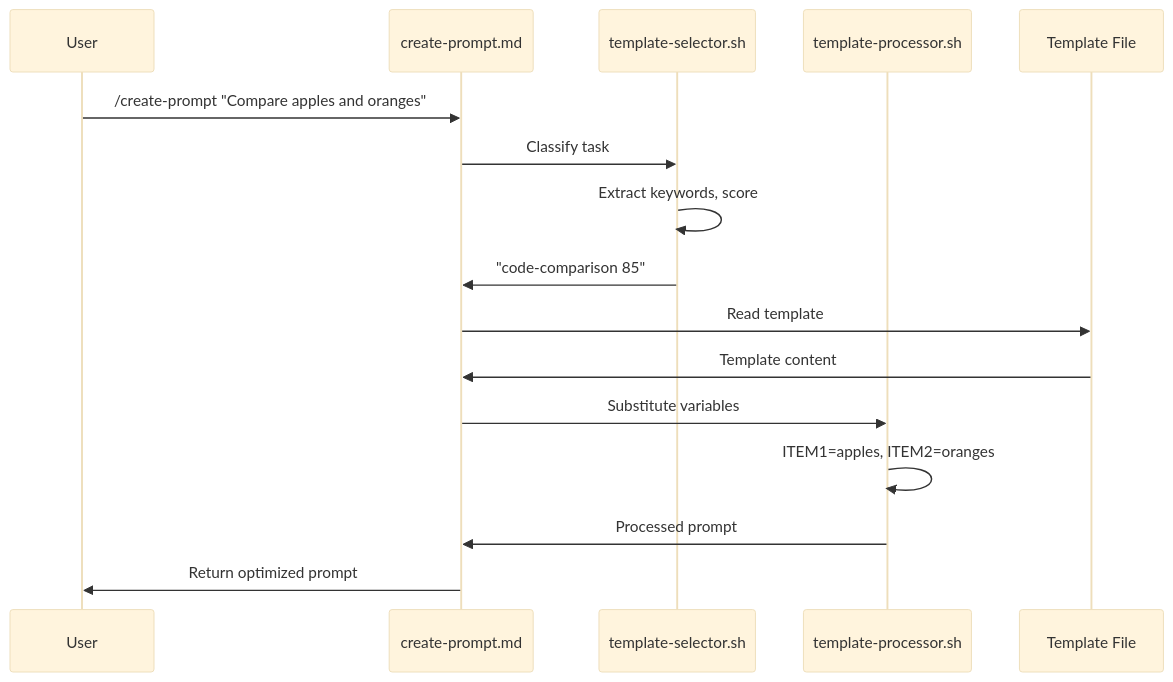
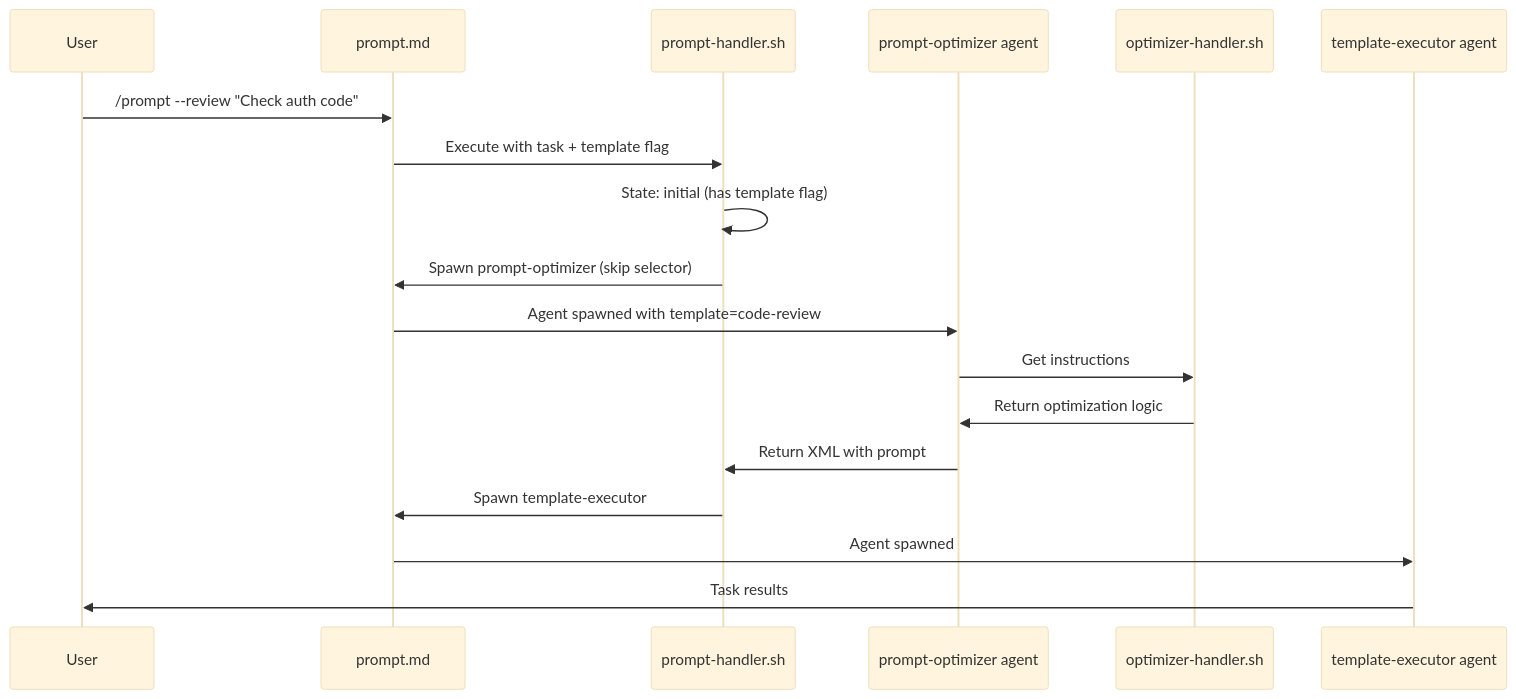
One commit to jtsylve/claude-experiments changed the third of 5 diagrams in meta-prompt/docs/architecture-overview.md. Above: the diagram before and after it, drawn with Mermaid (base theme). The commit also changed other lines of this file and 32 other files, not shown here.

First line of the commit message:
Refactor to state machine architecture with specialized agents

````diff
--- a/meta-prompt/docs/architecture-overview.md
+++ b/meta-prompt/docs/architecture-overview.md
@@ -306,19 +323,21 @@
 ```mermaid
 sequenceDiagram
     participant User
-    participant CreatePromptMD as create-prompt.md
-    participant Selector as template-selector.sh
-    participant Processor as template-processor.sh
-    participant Template as Template File
+    participant PromptMD as prompt.md
+    participant Handler as prompt-handler.sh
+    participant Optimizer as prompt-optimizer agent
+    participant OptimizerH as optimizer-handler.sh
+    participant Executor as template-executor agent
 
-    User->>CreatePromptMD: /create-prompt "Compare apples and oranges"
-    CreatePromptMD->>Selector: Classify task
-    Selector->>Selector: Extract keywords, score
-    Selector->>CreatePromptMD: "code-comparison 85"
-    CreatePromptMD->>Template: Read template
-    Template->>CreatePromptMD: Template content
-    CreatePromptMD->>Processor: Substitute variables
-    Processor->>Processor: ITEM1=apples, ITEM2=oranges
-    Processor->>CreatePromptMD: Processed prompt
-    CreatePromptMD->>User: Return optimized prompt
+    User->>PromptMD: /prompt --review "Check auth code"
+    PromptMD->>Handler: Execute with task + template flag
+    Handler->>Handler: State: initial (has template flag)
+    Handler->>PromptMD: Spawn prompt-optimizer (skip selector)
+    PromptMD->>Optimizer: Agent spawned with template=code-review
+    Optimizer->>OptimizerH: Get instructions
+    OptimizerH->>Optimizer: Return optimization logic
+    Optimizer->>Handler: Return XML with prompt
+    Handler->>PromptMD: Spawn template-executor
+    PromptMD->>Executor: Agent spawned
+    Executor->>User: Task results
 ```
````
